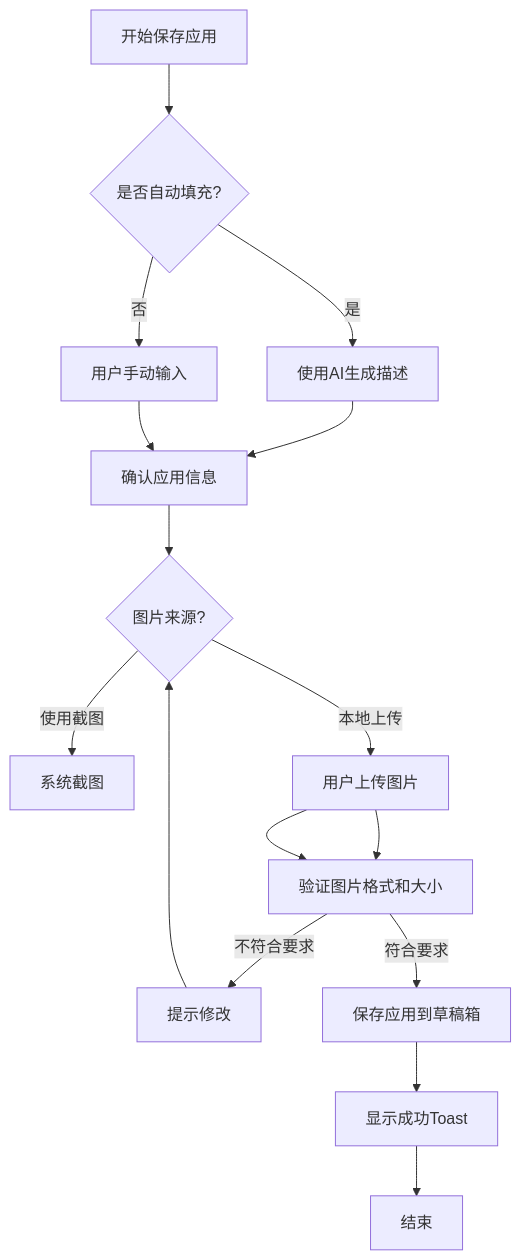
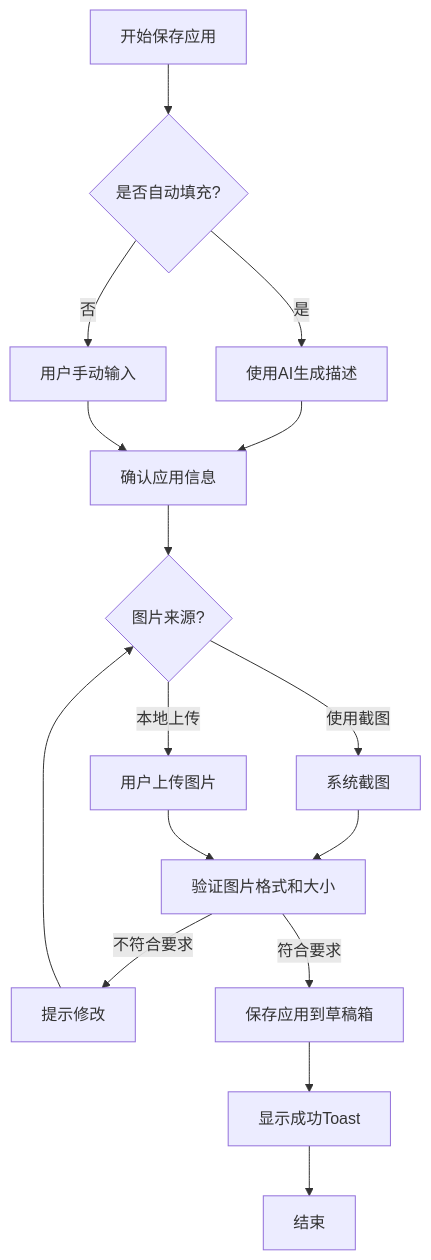
One commit to yingjianzh/iodraw-files changed the diagram in all/未命名-66.md. Above: the diagram before and after it, drawn with Mermaid.

Commit message:
2025-05-27 11:18:43 update

````diff
--- a/all/未命名-66.md
+++ b/all/未命名-66.md
@@ -1,20 +1,20 @@
 ```mermaid
 
 flowchart TD
     A[开始保存应用] --> B{是否自动填充?}
     B -->|是| C[使用AI生成描述]
     B -->|否| D[用户手动输入]
     C --> E[确认应用信息]
     D --> E
     E --> F{图片来源?}
     F -->|使用截图| G[系统截图]
     F -->|本地上传| H[用户上传图片]
-    H --> I[验证图片格式和大小]
+    G --> I[验证图片格式和大小]
     H --> I
     I -->|不符合要求| J[提示修改]
     J --> F
     I -->|符合要求| K[保存应用到草稿箱]
     K --> L[显示成功Toast]
     L --> M[结束]
 
 ```
````
